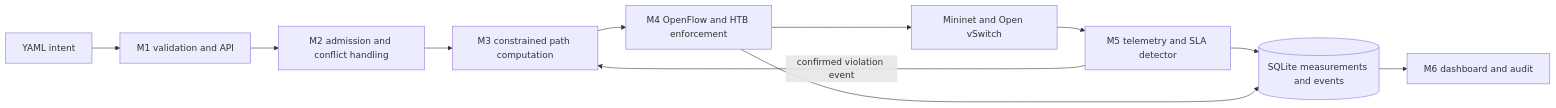
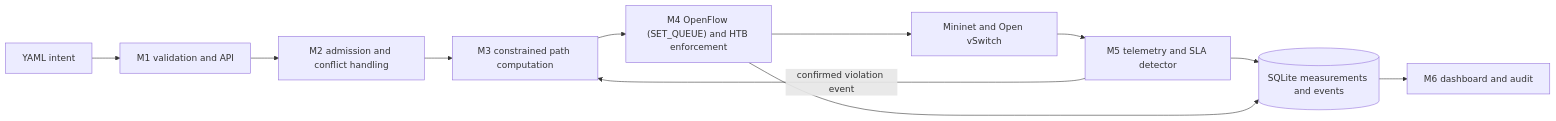
The diagram in docs/PROJECT_REPORT.md (platynom/intent-sdn-sla), drawn with Mermaid before and after one commit. The commit also changed other lines of this file and 8 other files, not shown here.

````diff
--- a/docs/PROJECT_REPORT.md
+++ b/docs/PROJECT_REPORT.md
@@ -71,13 +32,13 @@
 ```mermaid
 flowchart LR
-  I[YAML intent] --> M1[M1 validation and API]
-  M1 --> M2[M2 admission and conflict handling]
-  M2 --> M3[M3 constrained path computation]
-  M3 --> M4[M4 OpenFlow and HTB enforcement]
-  M4 --> N[Mininet and Open vSwitch]
-  N --> M5[M5 telemetry and SLA detector]
-  M5 -->|confirmed violation event| M3
-  M5 --> DB[(SQLite measurements and events)]
+  I["YAML intent"] --> M1["M1 validation and API"]
+  M1 --> M2["M2 admission and conflict handling"]
+  M2 --> M3["M3 constrained path computation"]
+  M3 --> M4["M4 OpenFlow (SET_QUEUE) and HTB enforcement"]
+  M4 --> N["Mininet and Open vSwitch"]
+  N --> M5["M5 telemetry and SLA detector"]
+  M5 -->|"confirmed violation event"| M3
+  M5 --> DB[("SQLite measurements and events")]
   M4 --> DB
-  DB --> M6[M6 dashboard and audit]
+  DB --> M6["M6 dashboard and audit"]
 ```
````
